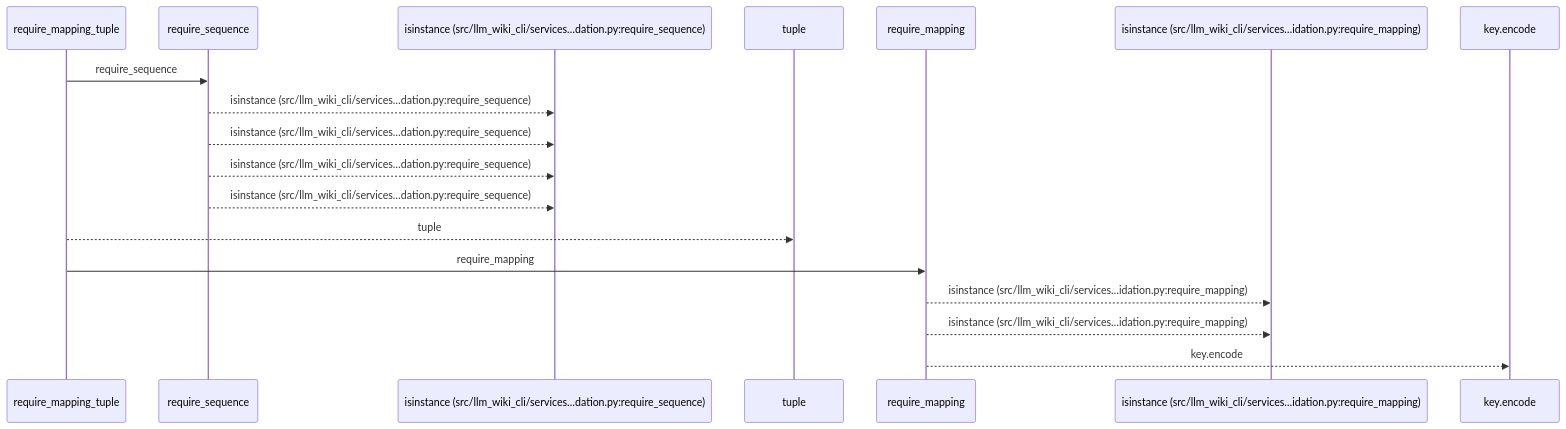
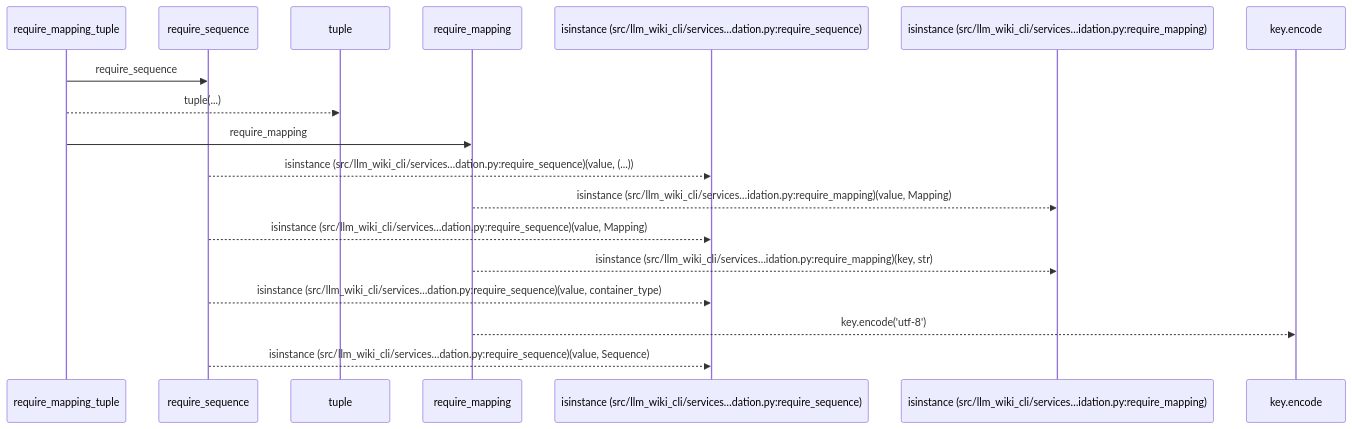
The first of 2 diagrams in docs/llm_wiki/flows/api-require_mapping_tuple.md (Denissvgn/python-wiki-llm), drawn with Mermaid before and after one commit. The commit also changed other lines of this file and 1410 other files, not shown here.

````diff
--- a/docs/llm_wiki/flows/api-require_mapping_tuple.md
+++ b/docs/llm_wiki/flows/api-require_mapping_tuple.md
@@ -10,20 +12,20 @@
 ```mermaid
 sequenceDiagram
     participant p0 as require_mapping_tuple
     participant p1 as require_sequence
-    participant p2 as isinstance (src/llm_wiki_cli/services…dation.py:require_sequence)
-    participant p3 as tuple
-    participant p4 as require_mapping
+    participant p2 as tuple
+    participant p3 as require_mapping
+    participant p4 as isinstance (src/llm_wiki_cli/services…dation.py:require_sequence)
     participant p5 as isinstance (src/llm_wiki_cli/services…idation.py:require_mapping)
     participant p6 as key.encode
     p0->>p1: require_sequence
-    p1-->>p2: isinstance (src/llm_wiki_cli/services…dation.py:require_sequence)
-    p1-->>p2: isinstance (src/llm_wiki_cli/services…dation.py:require_sequence)
-    p1-->>p2: isinstance (src/llm_wiki_cli/services…dation.py:require_sequence)
-    p1-->>p2: isinstance (src/llm_wiki_cli/services…dation.py:require_sequence)
-    p0-->>p3: tuple
-    p0->>p4: require_mapping
-    p4-->>p5: isinstance (src/llm_wiki_cli/services…idation.py:require_mapping)
-    p4-->>p5: isinstance (src/llm_wiki_cli/services…idation.py:require_mapping)
-    p4-->>p6: key.encode
+    p0-->>p2: tuple(...)
+    p0->>p3: require_mapping
+    p1-->>p4: isinstance (src/llm_wiki_cli/services…dation.py:require_sequence)(value, (...))
+    p3-->>p5: isinstance (src/llm_wiki_cli/services…idation.py:require_mapping)(value, Mapping)
+    p1-->>p4: isinstance (src/llm_wiki_cli/services…dation.py:require_sequence)(value, Mapping)
+    p3-->>p5: isinstance (src/llm_wiki_cli/services…idation.py:require_mapping)(key, str)
+    p1-->>p4: isinstance (src/llm_wiki_cli/services…dation.py:require_sequence)(value, container_type)
+    p3-->>p6: key.encode('utf-8')
+    p1-->>p4: isinstance (src/llm_wiki_cli/services…dation.py:require_sequence)(value, Sequence)
 ```
````
